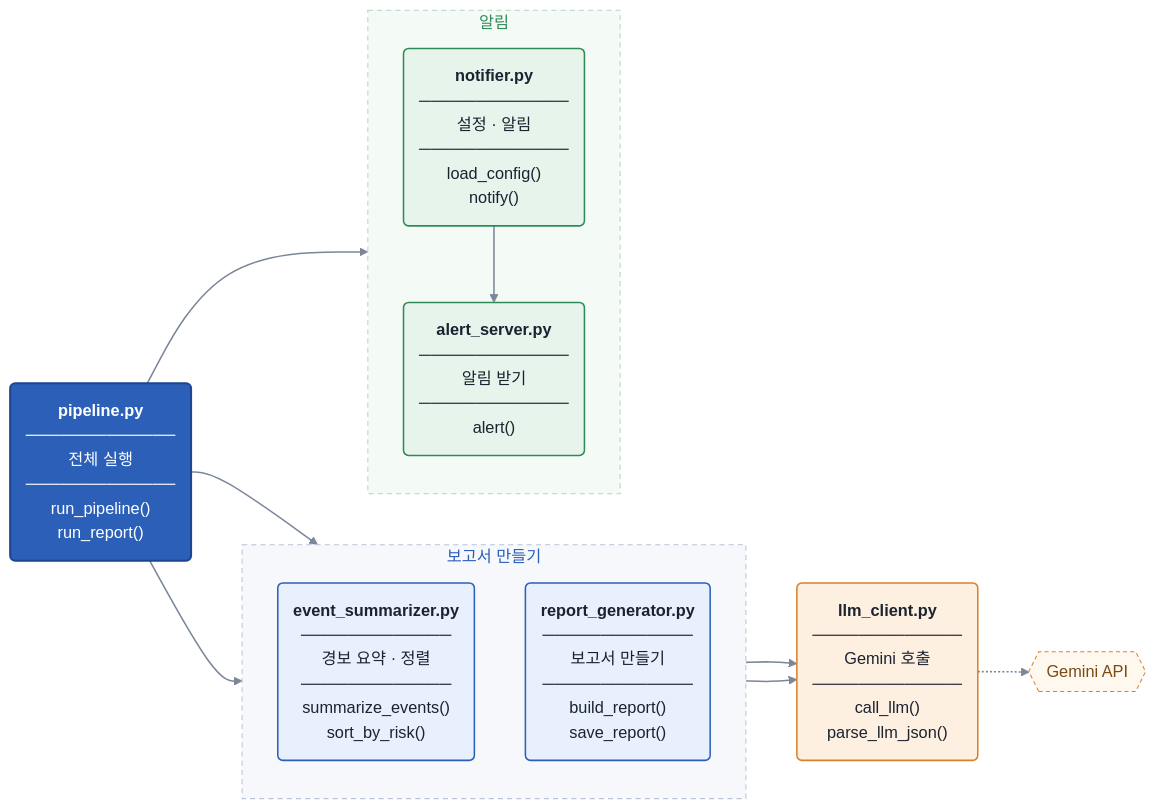
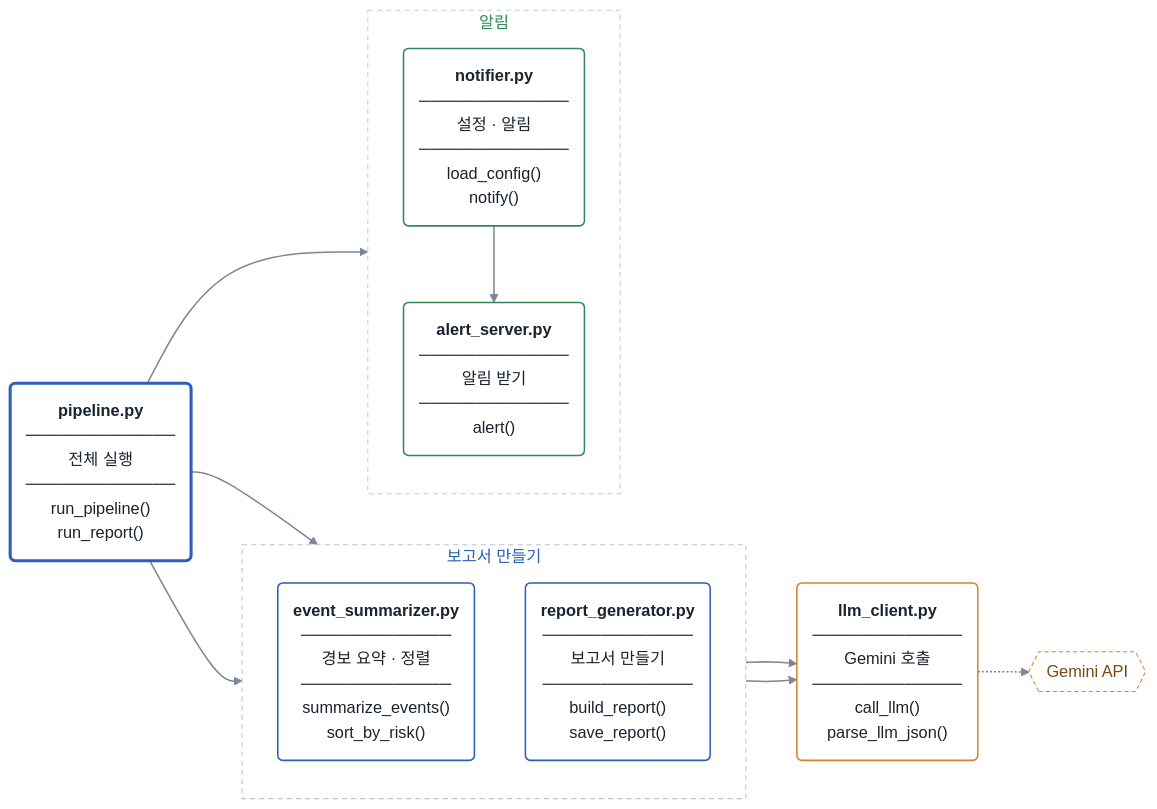
The diagram in README.md (ddonni/security-agent-toolkit), drawn with Mermaid (base theme) before and after one commit.

Commit message:
README 흐름도 배경을 흰색으로 통일
Claude-Session: https://claude.ai/code/session_019XxHTYpjmMBMYqfYY2NLR9

````diff
--- a/README.md
+++ b/README.md
@@ -8,70 +8,70 @@
 ```mermaid
 flowchart LR
   P("`**pipeline.py**
 ─────────────
 전체 실행
 ─────────────
 run_pipeline()
 run_report()`")
 
   subgraph REPORT["보고서 만들기"]
     direction TB
     S("`**event_summarizer.py**
 ─────────────
 경보 요약 · 정렬
 ─────────────
 summarize_events()
 sort_by_risk()`")
     R("`**report_generator.py**
 ─────────────
 보고서 만들기
 ─────────────
 build_report()
 save_report()`")
   end
 
   L("`**llm_client.py**
 ─────────────
 Gemini 호출
 ─────────────
 call_llm()
 parse_llm_json()`")
   G{{"Gemini API"}}
 
   subgraph ALERT["알림"]
     direction TB
     N("`**notifier.py**
 ─────────────
 설정 · 알림
 ─────────────
 load_config()
 notify()`")
     A("`**alert_server.py**
 ─────────────
 알림 받기
 ─────────────
 alert()`")
   end
 
   P --> S
   P --> R
   S --> L
   R --> L
   L -.-> G
   P --> N
   N --> A
 
-  classDef entry fill:#2b5fb8,stroke:#1d4590,stroke-width:2px,color:#ffffff
-  classDef work fill:#e8f0fd,stroke:#2b5fb8,stroke-width:1.5px,color:#1b2230
-  classDef llm fill:#fdf0e1,stroke:#d9822b,stroke-width:1.5px,color:#1b2230
-  classDef ext fill:#fff8ef,stroke:#d9822b,stroke-width:1px,stroke-dasharray:4 3,color:#7a4a12
-  classDef notify fill:#e6f4ec,stroke:#2e8b57,stroke-width:1.5px,color:#1b2230
+  classDef entry fill:#ffffff,stroke:#2b5fb8,stroke-width:3px,color:#1b2230
+  classDef work fill:#ffffff,stroke:#2b5fb8,stroke-width:1.5px,color:#1b2230
+  classDef llm fill:#ffffff,stroke:#d9822b,stroke-width:1.5px,color:#1b2230
+  classDef ext fill:#ffffff,stroke:#d9822b,stroke-width:1px,stroke-dasharray:4 3,color:#7a4a12
+  classDef notify fill:#ffffff,stroke:#2e8b57,stroke-width:1.5px,color:#1b2230
   class P entry
   class S,R work
   class L llm
   class G ext
   class N,A notify
-  style REPORT fill:#f6f8fc,stroke:#b8c4d9,stroke-dasharray:5 4,color:#2b5fb8
-  style ALERT fill:#f4faf6,stroke:#b5d6c2,stroke-dasharray:5 4,color:#2e8b57
+  style REPORT fill:#ffffff,stroke:#b8c4d9,stroke-dasharray:5 4,color:#2b5fb8
+  style ALERT fill:#ffffff,stroke:#b5d6c2,stroke-dasharray:5 4,color:#2e8b57
   linkStyle default stroke:#7a8699,stroke-width:1.5px
 ```
````
